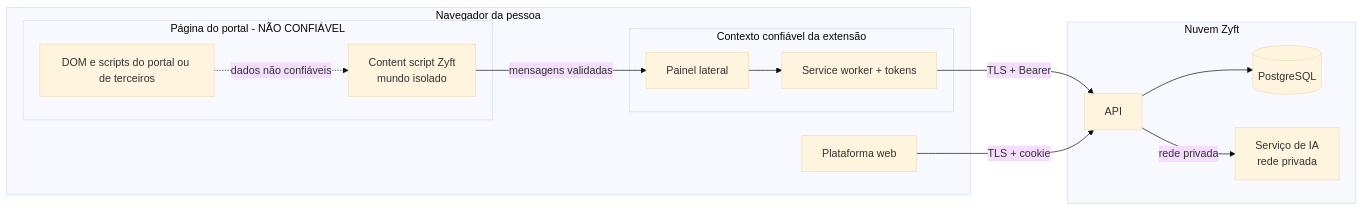
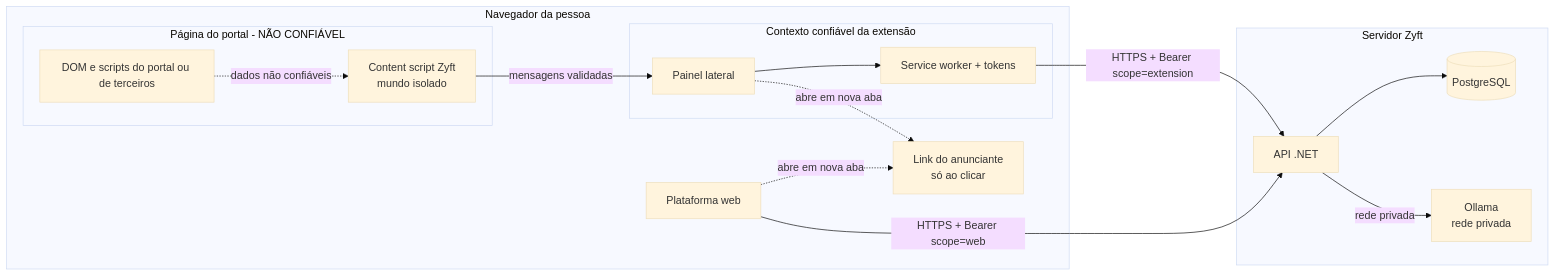
The diagram in docs/03-arquitetura/seguranca.md (Ranchoneetoo26/ZIFY), drawn with Mermaid (base theme) before and after one commit. The commit also changed other lines of this file and 21 other files, not shown here.

````diff
--- a/docs/03-arquitetura/seguranca.md
+++ b/docs/03-arquitetura/seguranca.md
@@ -28,26 +42,29 @@
 ```mermaid
 flowchart LR
   subgraph N[Navegador da pessoa]
     subgraph PG[Página do portal - NÃO CONFIÁVEL]
       DOM[DOM e scripts do portal ou de terceiros]
       CS[Content script Zyft<br/>mundo isolado]
     end
     subgraph EXT[Contexto confiável da extensão]
       SP[Painel lateral]
       SW[Service worker + tokens]
     end
     WEB[Plataforma web]
+    AD[Link do anunciante<br/>só ao clicar]
   end
-  subgraph C[Nuvem Zyft]
-    API[API]
+  subgraph C[Servidor Zyft]
+    API[API .NET]
     DB[(PostgreSQL)]
-    LLM[Serviço de IA<br/>rede privada]
+    LLM[Ollama<br/>rede privada]
   end
   DOM -. "dados não confiáveis" .-> CS
   CS -- "mensagens validadas" --> SP
   SP --> SW
-  SW -- "TLS + Bearer" --> API
-  WEB -- "TLS + cookie" --> API
+  SW -- "HTTPS + Bearer scope=extension" --> API
+  WEB -- "HTTPS + Bearer scope=web" --> API
   API --> DB
   API -- "rede privada" --> LLM
+  SP -. "abre em nova aba" .-> AD
+  WEB -. "abre em nova aba" .-> AD
 ```
````
